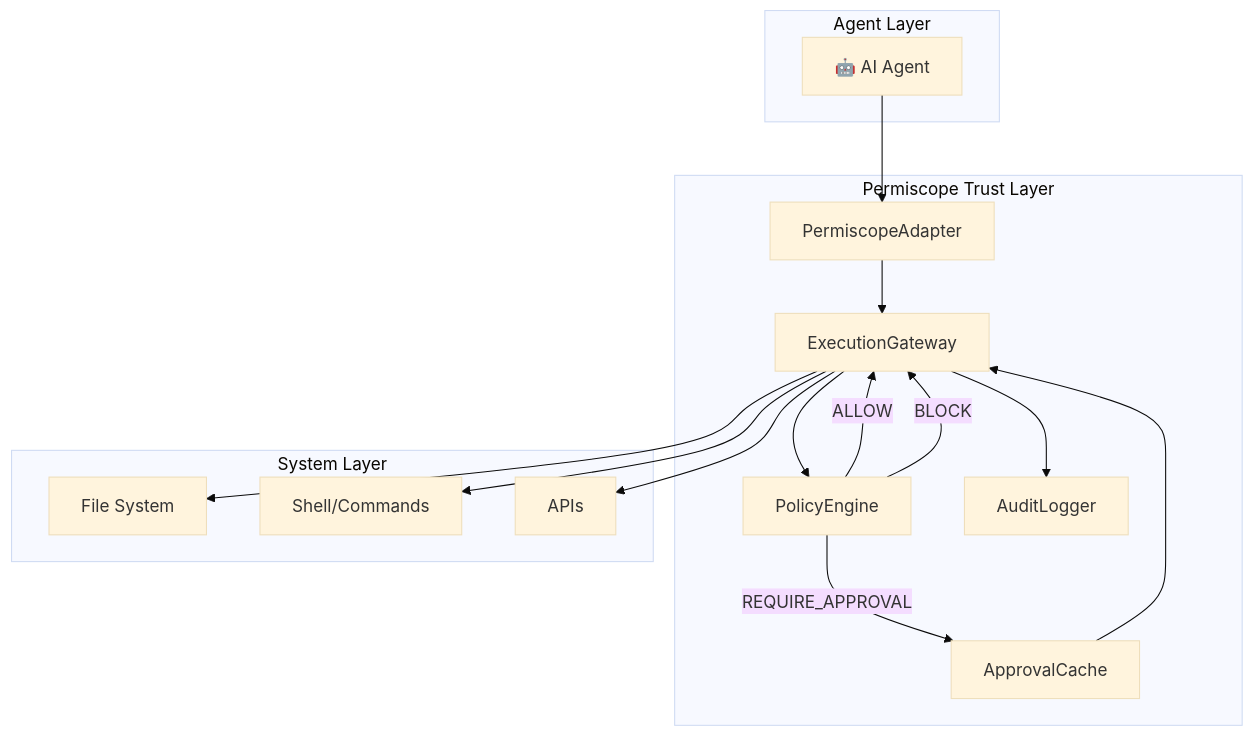
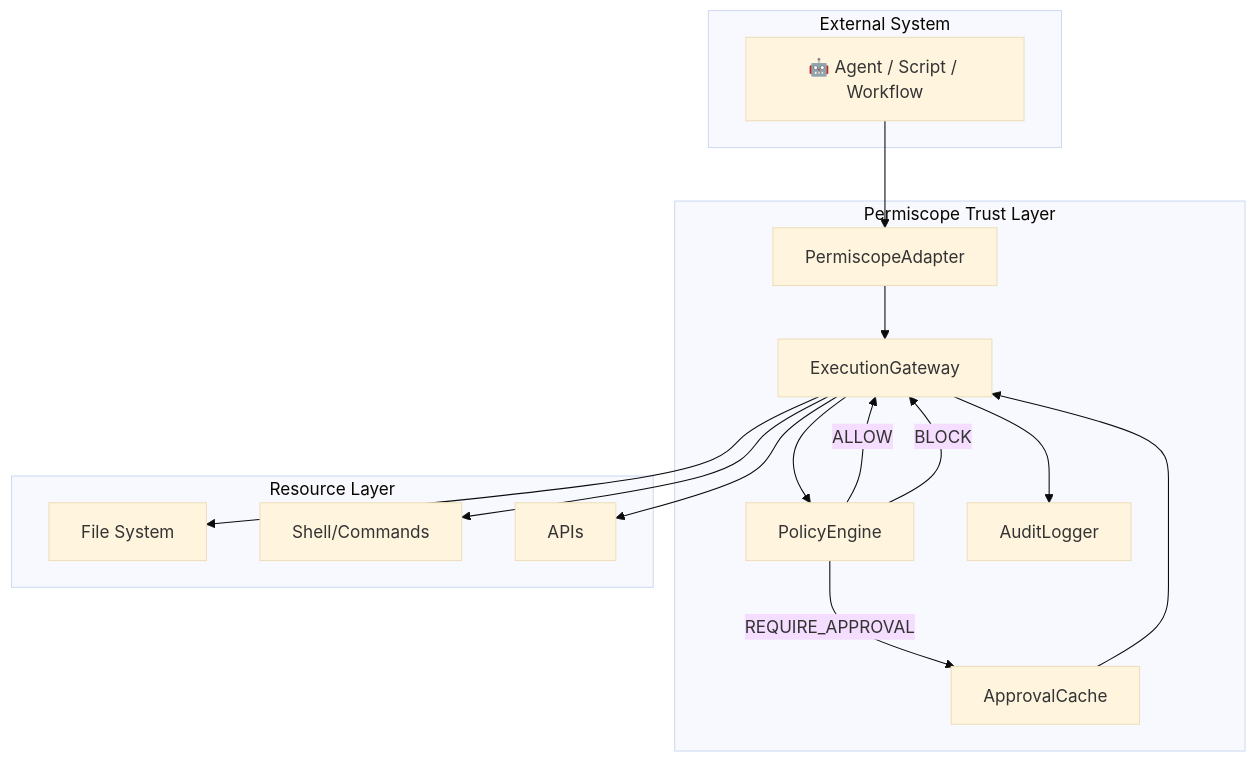
One commit to shubhusion/Permiscope changed the diagram in docs/architecture.md. Above: the diagram before and after it, drawn with Mermaid (base theme). The commit also changed other lines of this file and 6 other files, not shown here.

````diff
--- a/docs/architecture.md
+++ b/docs/architecture.md
@@ -7,32 +7,32 @@
 ```mermaid
 graph TD
-    subgraph "Agent Layer"
-        A[🤖 AI Agent]
+    subgraph "External System"
+        A["🤖 Agent / Script / Workflow"]
     end
 
     subgraph "Permiscope Trust Layer"
         B[PermiscopeAdapter]
         C[ExecutionGateway]
         D[PolicyEngine]
         E[ApprovalCache]
         F[AuditLogger]
     end
 
-    subgraph "System Layer"
+    subgraph "Resource Layer"
         G[File System]
         H[Shell/Commands]
         I[APIs]
     end
 
     A --> B
     B --> C
     C --> D
     D -->|ALLOW| C
     D -->|BLOCK| C
     D -->|REQUIRE_APPROVAL| E
     E --> C
     C --> G
     C --> H
     C --> I
     C --> F
 ```
````
